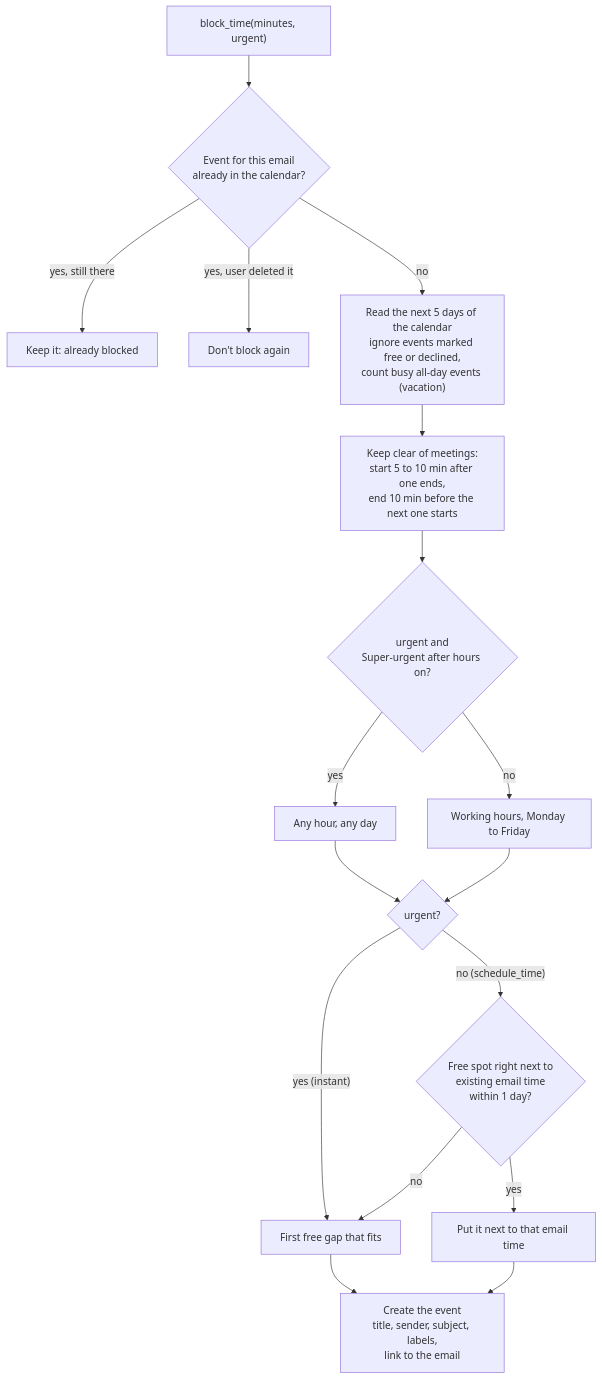
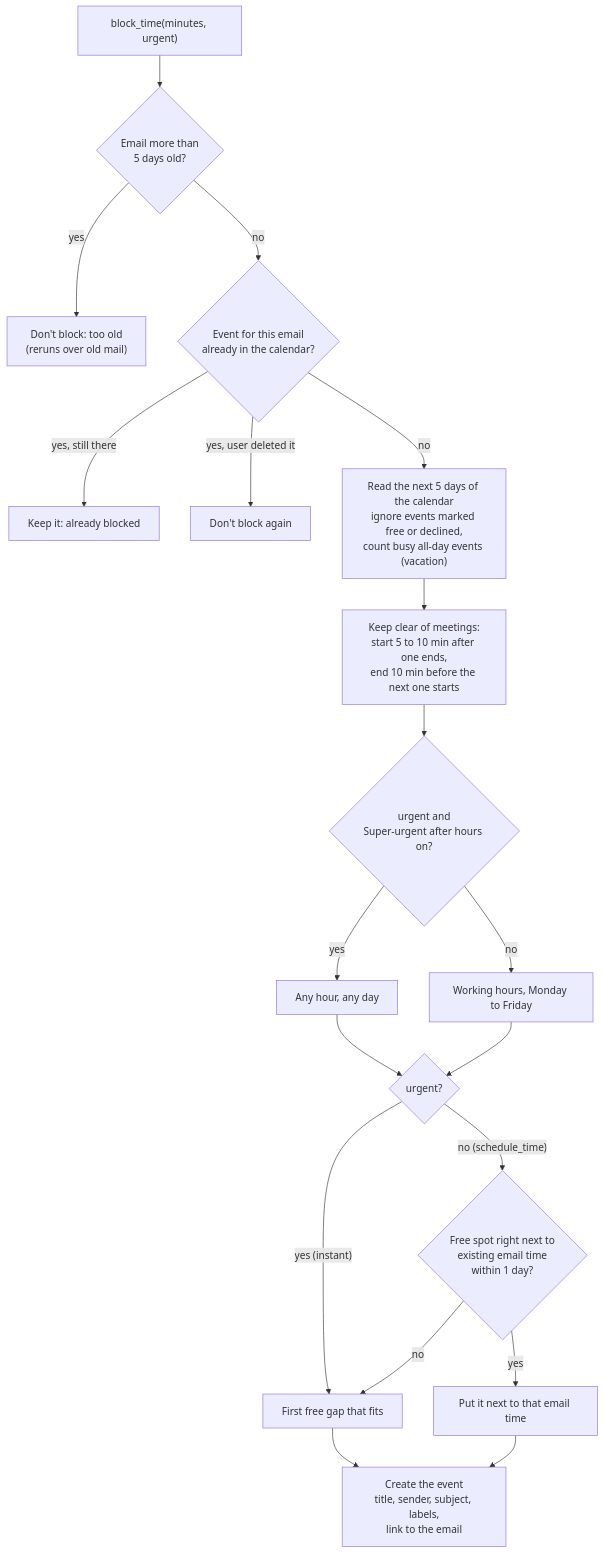
Before and after one commit to Ryancg3/email-agent-hack-2026: the third of 7 diagrams in docs/system-design.md, drawn with Mermaid. The commit also changed other lines of this file and 4 other files, not shown here.

First line of the commit message:
Skip calendar blocks for old emails, and stop marking codes urgent (SHY-29)

````diff
--- a/docs/system-design.md
+++ b/docs/system-design.md
@@ -116,20 +117,22 @@
 ```mermaid
 flowchart TD
-    START["block_time(minutes, urgent)"] --> EXIST{"Event for this email<br/>already in the calendar?"}
+    START["block_time(minutes, urgent)"] --> AGE{"Email more than<br/>5 days old?"}
+    AGE -- "yes" --> DONE0["Don't block: too old<br/>(reruns over old mail)"]
+    AGE -- "no" --> EXIST{"Event for this email<br/>already in the calendar?"}
     EXIST -- "yes, still there" --> DONE1["Keep it: already blocked"]
     EXIST -- "yes, user deleted it" --> DONE2["Don't block again"]
     EXIST -- "no" --> CAL["Read the next 5 days of the calendar<br/>ignore events marked free or declined,<br/>count busy all-day events (vacation)"]
     CAL --> PAD["Keep clear of meetings:<br/>start 5 to 10 min after one ends,<br/>end 10 min before the next one starts"]
     PAD --> HOURS{"urgent and<br/>Super-urgent after hours on?"}
     HOURS -- "yes" --> ANY["Any hour, any day"]
     HOURS -- "no" --> WORK["Working hours, Monday to Friday"]
     ANY --> KIND
     WORK --> KIND
     KIND{"urgent?"}
     KIND -- "yes (instant)" --> FIRST["First free gap that fits"]
     KIND -- "no (schedule_time)" --> NEXT{"Free spot right next to<br/>existing email time<br/>within 1 day?"}
     NEXT -- "yes" --> GROUP["Put it next to that email time"]
     NEXT -- "no" --> FIRST
     FIRST --> MAKE["Create the event<br/>title, sender, subject, labels,<br/>link to the email"]
     GROUP --> MAKE
 ```
````
